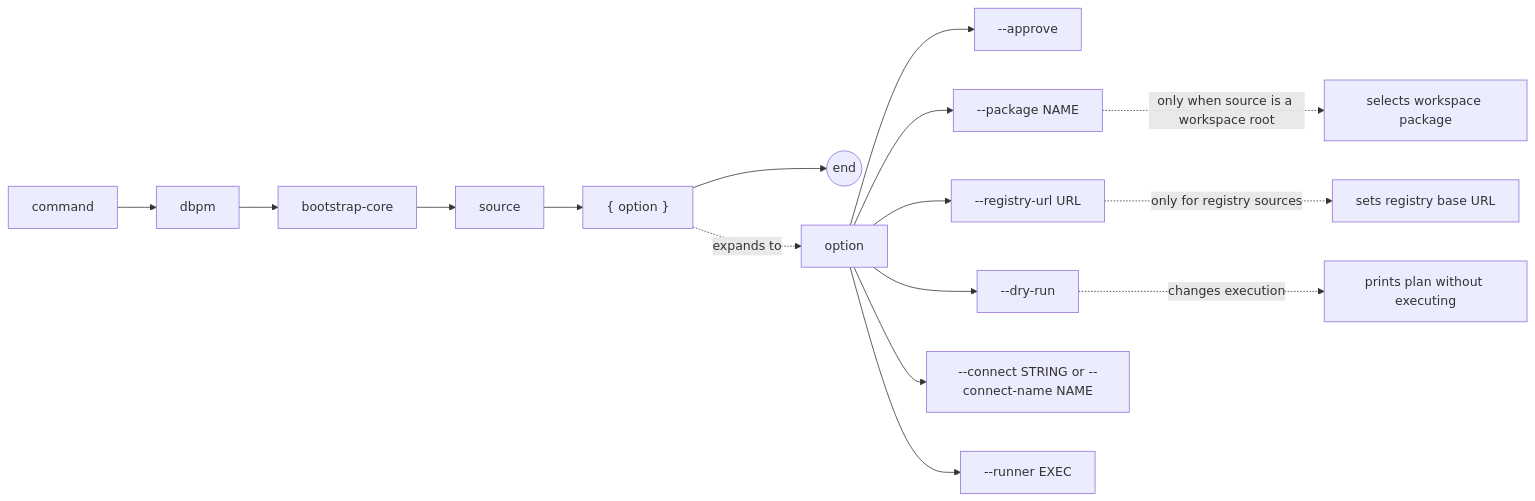
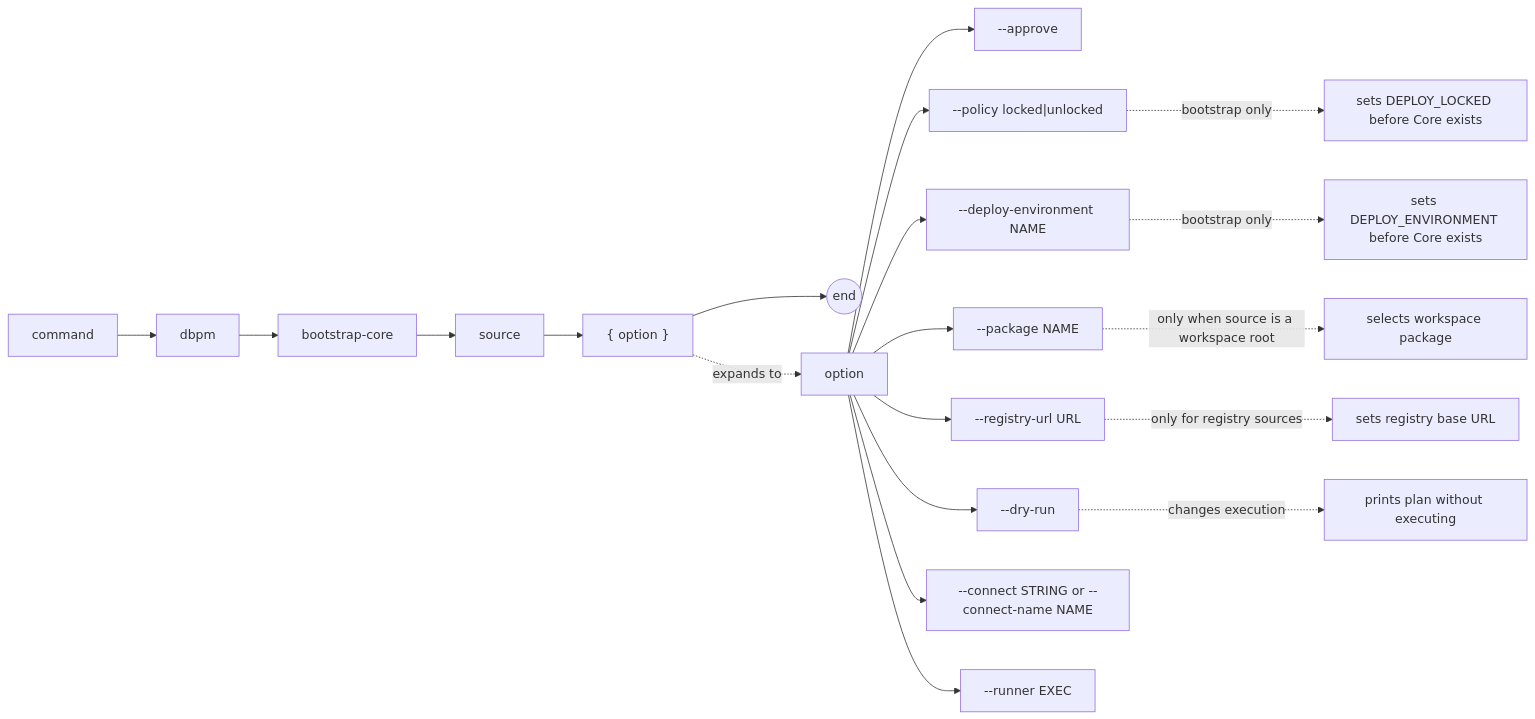
One commit to 512itconsulting/dbpm changed the diagram in docs/commands/bootstrap-core.md. Above: the diagram before and after it, drawn with Mermaid. The commit also changed other lines of this file and 8 other files, not shown here.

First line of the commit message:
Add Core bootstrap deployment environment flag

````diff
--- a/docs/commands/bootstrap-core.md
+++ b/docs/commands/bootstrap-core.md
@@ -15,20 +17,24 @@
 ```mermaid
 flowchart LR
     command["command"] --> dbpm["dbpm"]
     dbpm --> bootstrap["bootstrap-core"]
     bootstrap --> source["source"]
     source --> options["{ option }"]
     options --> end_node(("end"))
 
     options -. expands to .-> option["option"]
     option --> approve["--approve"]
+    option --> policy["--policy locked|unlocked"]
+    option --> deploy_environment["--deploy-environment NAME"]
     option --> package["--package NAME"]
     option --> registry_url["--registry-url URL"]
     option --> dry_run["--dry-run"]
     option --> connect["--connect STRING or --connect-name NAME"]
     option --> runner["--runner EXEC"]
 
     package -. only when source is a workspace root .-> package_note["selects workspace package"]
     registry_url -. only for registry sources .-> registry_note["sets registry base URL"]
     dry_run -. changes execution .-> dry_run_note["prints plan without executing"]
+    policy -. bootstrap only .-> policy_note["sets DEPLOY_LOCKED before Core exists"]
+    deploy_environment -. bootstrap only .-> env_note["sets DEPLOY_ENVIRONMENT before Core exists"]
 ```
````
